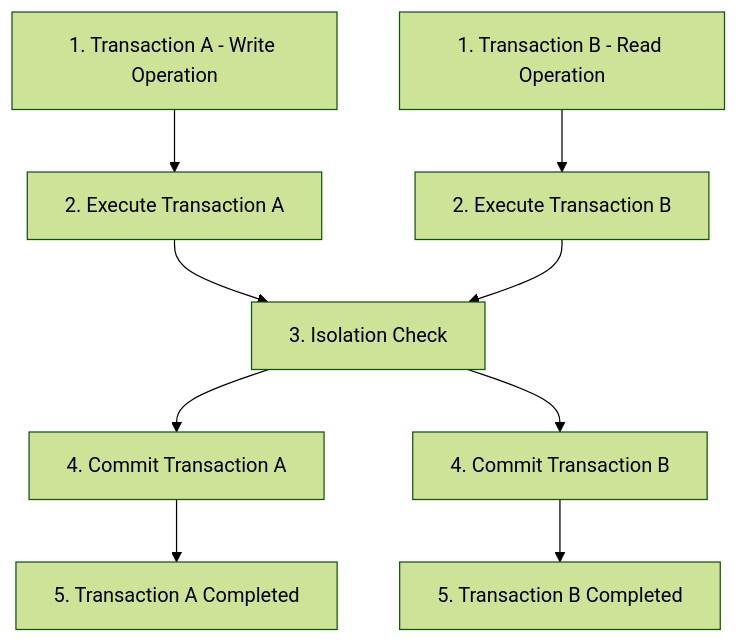
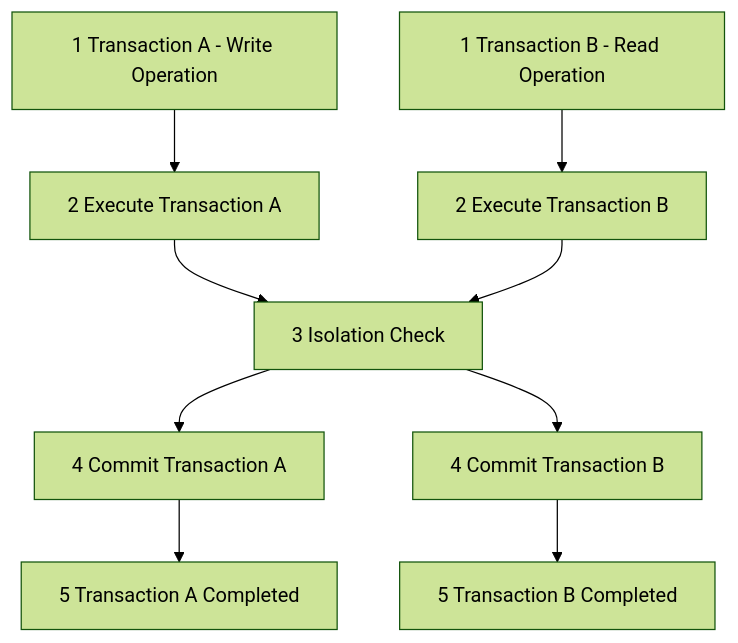
One commit to uwspstar/From-Zero-to-Hero changed the third of 4 diagrams in System-Design/ACID principle.md. Above: the diagram before and after it, drawn with Mermaid (forest theme). The commit also changed other lines of this file, not shown here.

````diff
--- a/System-Design/ACID principle.md
+++ b/System-Design/ACID principle.md
@@ -40,11 +40,11 @@
 ```mermaid
 flowchart TD
-    TransactionA[1. Transaction A - Write Operation] --> ExecuteA[2. Execute Transaction A]
-    TransactionB[1. Transaction B - Read Operation] --> ExecuteB[2. Execute Transaction B]
-    ExecuteA --> IsolationCheck[3. Isolation Check]
+    TransactionA[1 Transaction A - Write Operation] --> ExecuteA[2 Execute Transaction A]
+    TransactionB[1 Transaction B - Read Operation] --> ExecuteB[2 Execute Transaction B]
+    ExecuteA --> IsolationCheck[3 Isolation Check]
     ExecuteB --> IsolationCheck
-    IsolationCheck --> CommitA[4. Commit Transaction A]
-    IsolationCheck --> CommitB[4. Commit Transaction B]
-    CommitA --> EndA[5. Transaction A Completed]
-    CommitB --> EndB[5. Transaction B Completed]
+    IsolationCheck --> CommitA[4 Commit Transaction A]
+    IsolationCheck --> CommitB[4 Commit Transaction B]
+    CommitA --> EndA[5 Transaction A Completed]
+    CommitB --> EndB[5 Transaction B Completed]
 ```
````
